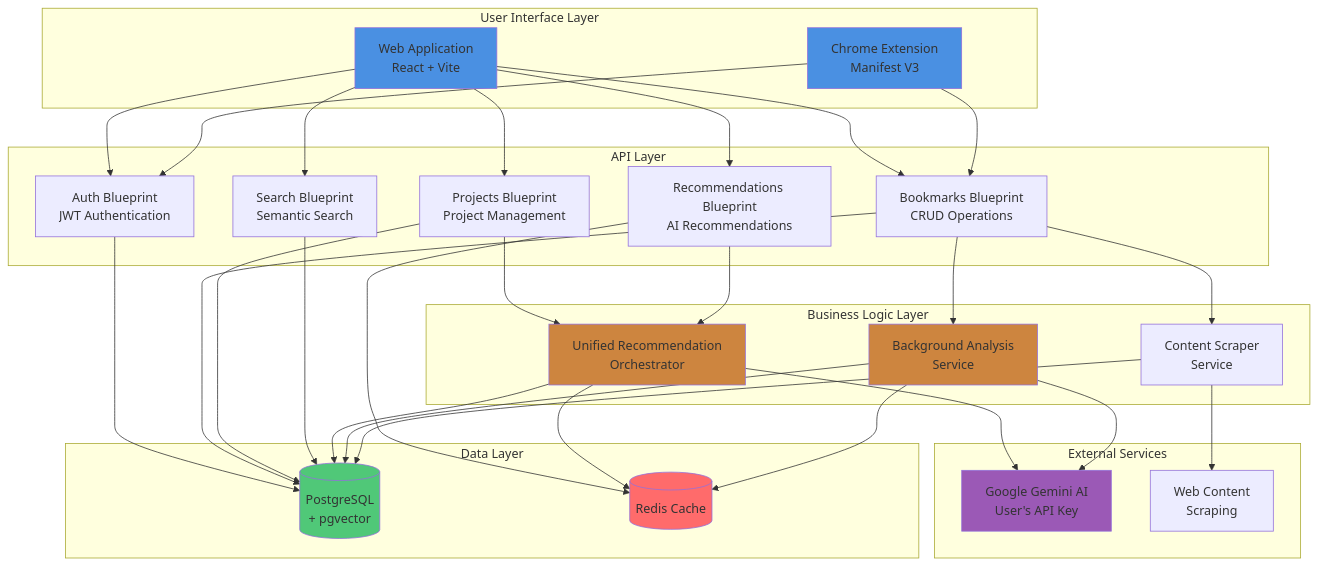
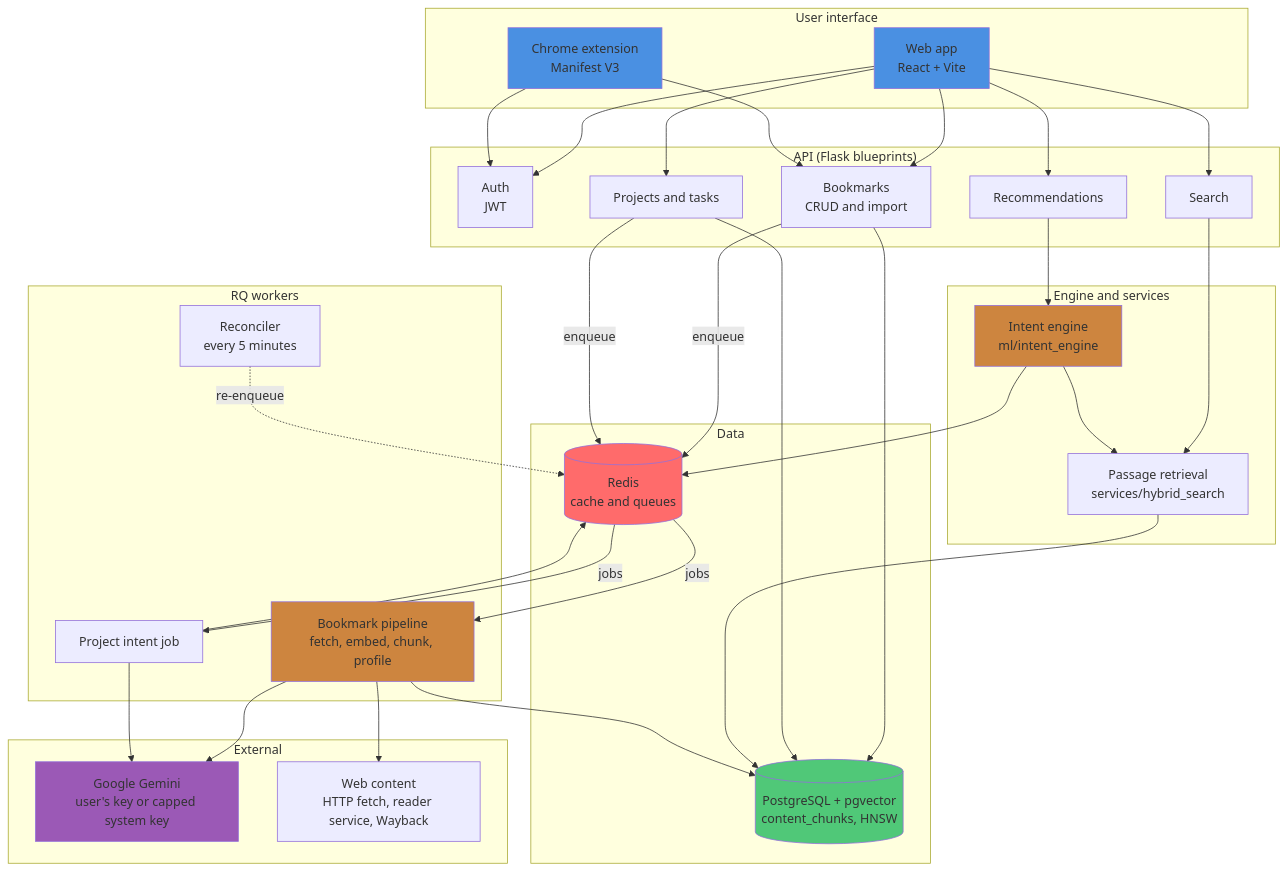
Diagram 12 of 12 in docs/USERFLOW.md (Ujjwaljain16/Fuze), drawn with Mermaid before and after one commit. The commit also changed other lines of this file and 12 other files, not shown here.

Commit message:
docs: rewrite architecture, optimizations and user flows to match the code; replace the finished intent-engine plan with a recommendations guide and one decision record

````diff
--- a/docs/USERFLOW.md
+++ b/docs/USERFLOW.md
@@ -564,72 +562,71 @@
 ```mermaid
 graph TB
-    subgraph "User Interface Layer"
-        WebApp[Web Application<br/>React + Vite]
-        Extension[Chrome Extension<br/>Manifest V3]
+    subgraph "User interface"
+        WebApp[Web app<br/>React + Vite]
+        Extension[Chrome extension<br/>Manifest V3]
     end
-    
-    subgraph "API Layer"
-        AuthAPI[Auth Blueprint<br/>JWT Authentication]
-        BookmarksAPI[Bookmarks Blueprint<br/>CRUD Operations]
-        ProjectsAPI[Projects Blueprint<br/>Project Management]
-        RecommendationsAPI[Recommendations Blueprint<br/>AI Recommendations]
-        SearchAPI[Search Blueprint<br/>Semantic Search]
+
+    subgraph "API (Flask blueprints)"
+        AuthAPI[Auth<br/>JWT]
+        BookmarksAPI[Bookmarks<br/>CRUD and import]
+        ProjectsAPI[Projects and tasks]
+        RecommendationsAPI[Recommendations]
+        SearchAPI[Search]
     end
-    
-    subgraph "Business Logic Layer"
-        Orchestrator[Unified Recommendation<br/>Orchestrator]
-        AnalysisService[Background Analysis<br/>Service]
-        ScraperService[Content Scraper<br/>Service]
+
+    subgraph "Engine and services"
+        Engine[Intent engine<br/>ml/intent_engine]
+        Retrieval[Passage retrieval<br/>services/hybrid_search]
     end
-    
-    subgraph "Data Layer"
-        PostgreSQL[(PostgreSQL<br/>+ pgvector)]
-        Redis[(Redis Cache)]
+
+    subgraph "RQ workers"
+        Pipeline[Bookmark pipeline<br/>fetch, embed, chunk, profile]
+        IntentJob[Project intent job]
+        Reconciler[Reconciler<br/>every 5 minutes]
     end
-    
-    subgraph "External Services"
-        Gemini[Google Gemini AI<br/>User's API Key]
-        WebContent[Web Content<br/>Scraping]
+
+    subgraph "Data"
+        PostgreSQL[(PostgreSQL + pgvector<br/>content_chunks, HNSW)]
+        Redis[(Redis<br/>cache and queues)]
     end
-    
+
+    subgraph "External"
+        Gemini[Google Gemini<br/>user's key or capped system key]
+        WebContent[Web content<br/>HTTP fetch, reader service, Wayback]
+    end
+
     WebApp --> AuthAPI
     WebApp --> BookmarksAPI
     WebApp --> ProjectsAPI
     WebApp --> RecommendationsAPI
     WebApp --> SearchAPI
-    
     Extension --> AuthAPI
     Extension --> BookmarksAPI
-    
-    AuthAPI --> PostgreSQL
-    BookmarksAPI --> ScraperService
+
     BookmarksAPI --> PostgreSQL
-    BookmarksAPI --> AnalysisService
-    
+    BookmarksAPI -->|enqueue| Redis
     ProjectsAPI --> PostgreSQL
-    ProjectsAPI --> Orchestrator
-    
-    RecommendationsAPI --> Orchestrator
-    RecommendationsAPI --> Redis
-    
-    SearchAPI --> PostgreSQL
-    
-    Orchestrator --> PostgreSQL
-    Orchestrator --> Redis
-    Orchestrator --> Gemini
-    
-    AnalysisService --> PostgreSQL
-    AnalysisService --> Redis
-    AnalysisService --> Gemini
-    
-    ScraperService --> WebContent
-    ScraperService --> PostgreSQL
-    
+    ProjectsAPI -->|enqueue| Redis
+    RecommendationsAPI --> Engine
+    SearchAPI --> Retrieval
+    Engine --> Retrieval
+    Engine --> Redis
+    Retrieval --> PostgreSQL
+
+    Redis -->|jobs| Pipeline
+    Redis -->|jobs| IntentJob
+    Reconciler -.->|re-enqueue| Redis
+    Pipeline --> WebContent
+    Pipeline --> PostgreSQL
+    Pipeline --> Gemini
+    IntentJob --> Gemini
+    IntentJob --> Redis
+
     style WebApp fill:#4a90e2
     style Extension fill:#4a90e2
-    style Orchestrator fill:#cd853f
-    style AnalysisService fill:#cd853f
+    style Engine fill:#cd853f
+    style Pipeline fill:#cd853f
     style PostgreSQL fill:#50c878
     style Redis fill:#ff6b6b
     style Gemini fill:#9b59b6
 ```
````
